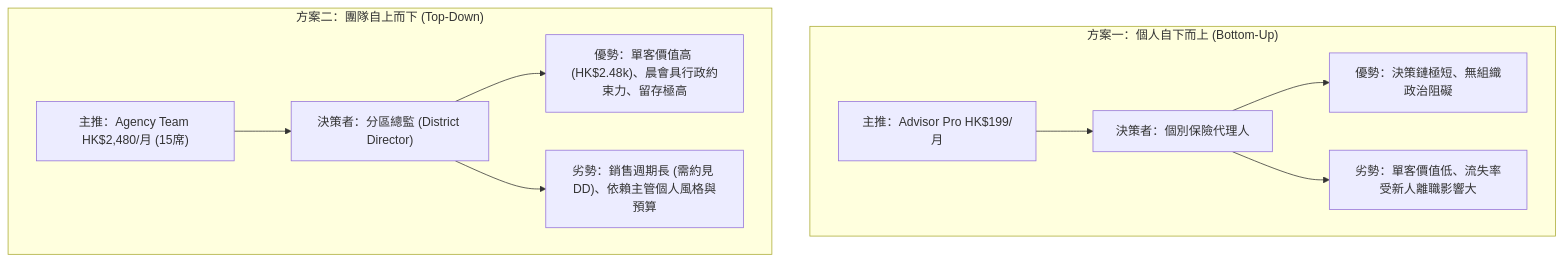
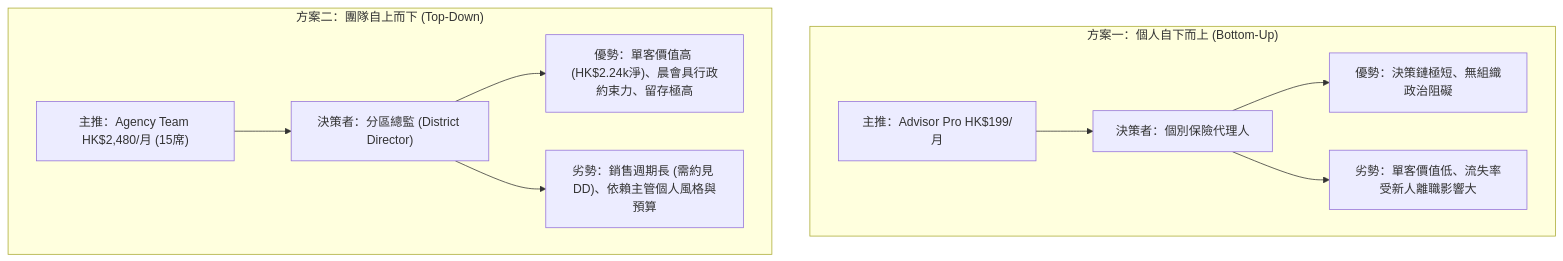
One commit to dejavudesu2-oss/insurintel-hk changed the diagram in SINGLE_SOURCE_OF_TRUTH_PRICING.md. Above: the diagram before and after it, drawn with Mermaid. The commit also changed other lines of this file and 32 other files, not shown here.

````diff
--- a/SINGLE_SOURCE_OF_TRUTH_PRICING.md
+++ b/SINGLE_SOURCE_OF_TRUTH_PRICING.md
@@ -119,13 +114,13 @@
 ```mermaid
 flowchart TD
     subgraph Option1["方案一：個人自下而上 (Bottom-Up)"]
         O1A["主推：Advisor Pro HK$199/月"] --> O1B["決策者：個別保險代理人"]
         O1B --> O1C["優勢：決策鏈極短、無組織政治阻礙"]
         O1B --> O1D["劣勢：單客價值低、流失率受新人離職影響大"]
     end
     subgraph Option2["方案二：團隊自上而下 (Top-Down)"]
         O2A["主推：Agency Team HK$2,480/月 (15席)"] --> O2B["決策者：分區總監 (District Director)"]
-        O2B --> O2C["優勢：單客價值高 (HK$2.48k)、晨會具行政約束力、留存極高"]
+        O2B --> O2C["優勢：單客價值高 (HK$2.24k淨)、晨會具行政約束力、留存極高"]
         O2B --> O2D["劣勢：銷售週期長 (需約見 DD)、依賴主管個人風格與預算"]
     end
 ```
````
